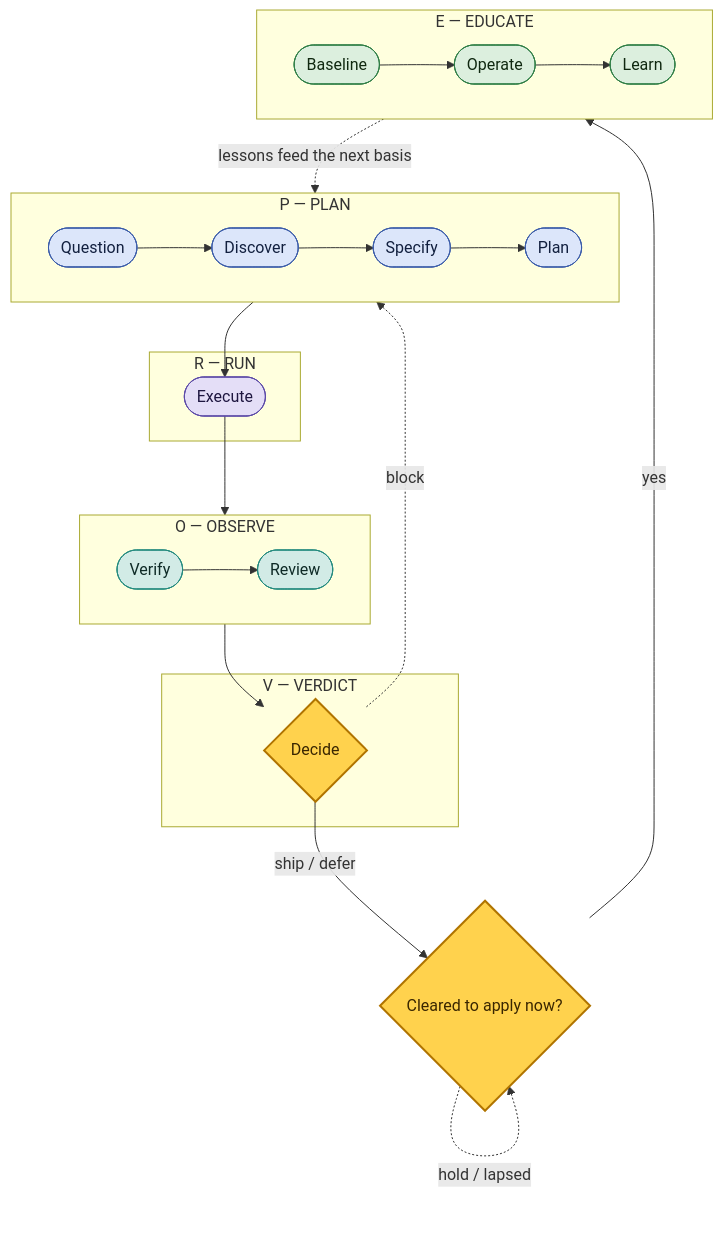
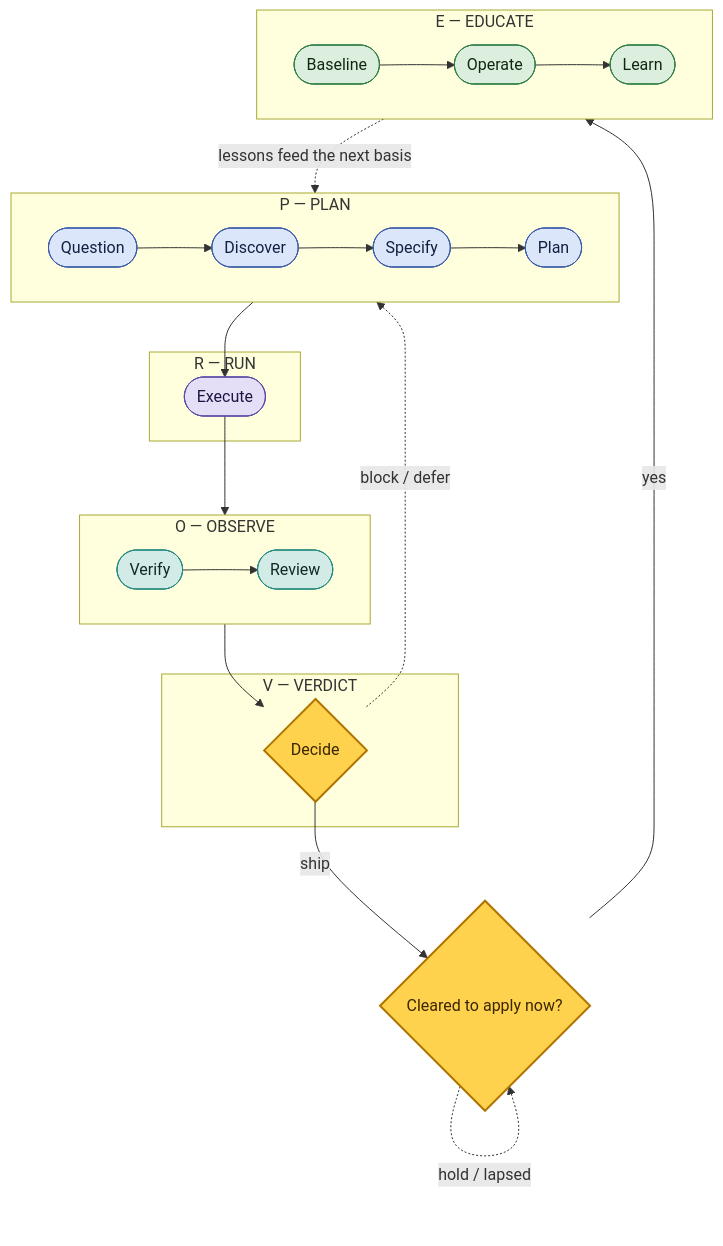
The third of 9 diagrams in docs/diagrams.md (FlyFission/nuclear-grade-context-engineering), drawn with Mermaid before and after one commit. The commit also changed other lines of this file and 9 other files, not shown here.

````diff
--- a/docs/diagrams.md
+++ b/docs/diagrams.md
@@ -85,39 +85,39 @@
 ```mermaid
 flowchart TB
   classDef plan fill:#DCE6FA,stroke:#3A5BA8,color:#12203F;
   classDef run fill:#E4DEF7,stroke:#5B49A6,color:#1E1640;
   classDef obs fill:#D2EBE6,stroke:#248A7E,color:#0E2A26;
   %% 'emb': green style for the Baseline/Operate/Learn nodes; the class name is kept from before the Embed -> Educate rename (it is shared by both the PRO and PROVE diagrams).
   classDef emb fill:#DCEFDE,stroke:#2E7D45,color:#102810;
   classDef gate fill:#FFD24D,stroke:#B07400,color:#3A2600,stroke-width:2px;
   subgraph LP["P — PLAN"]
     direction LR
     Q(["Question"]) --> D(["Discover"]) --> S(["Specify"]) --> PL(["Plan"])
   end
   subgraph LRUN["R — RUN"]
     E(["Execute"])
   end
   subgraph LO["O — OBSERVE"]
     direction LR
     V(["Verify"]) --> RV(["Review"])
   end
   subgraph LV["V — VERDICT"]
     DEC{"Decide"}
   end
   subgraph LE["E — EDUCATE"]
     direction LR
     B(["Baseline"]) --> OP(["Operate"]) --> L(["Learn"])
   end
   PL --> E --> V
   RV --> DEC
-  DEC -->|"ship / defer"| CLR{"Cleared to apply now?"}
+  DEC -->|"ship"| CLR{"Cleared to apply now?"}
   CLR -->|"yes"| B
   CLR -.->|"hold / lapsed"| CLR
-  DEC -.->|"block"| PL
+  DEC -.->|"block / defer"| PL
   L -.->|"lessons feed the next basis"| Q
   class Q,D,S,PL plan
   class E run
   class V,RV obs
   class DEC,CLR gate
   class B,OP,L emb
 ```
````
